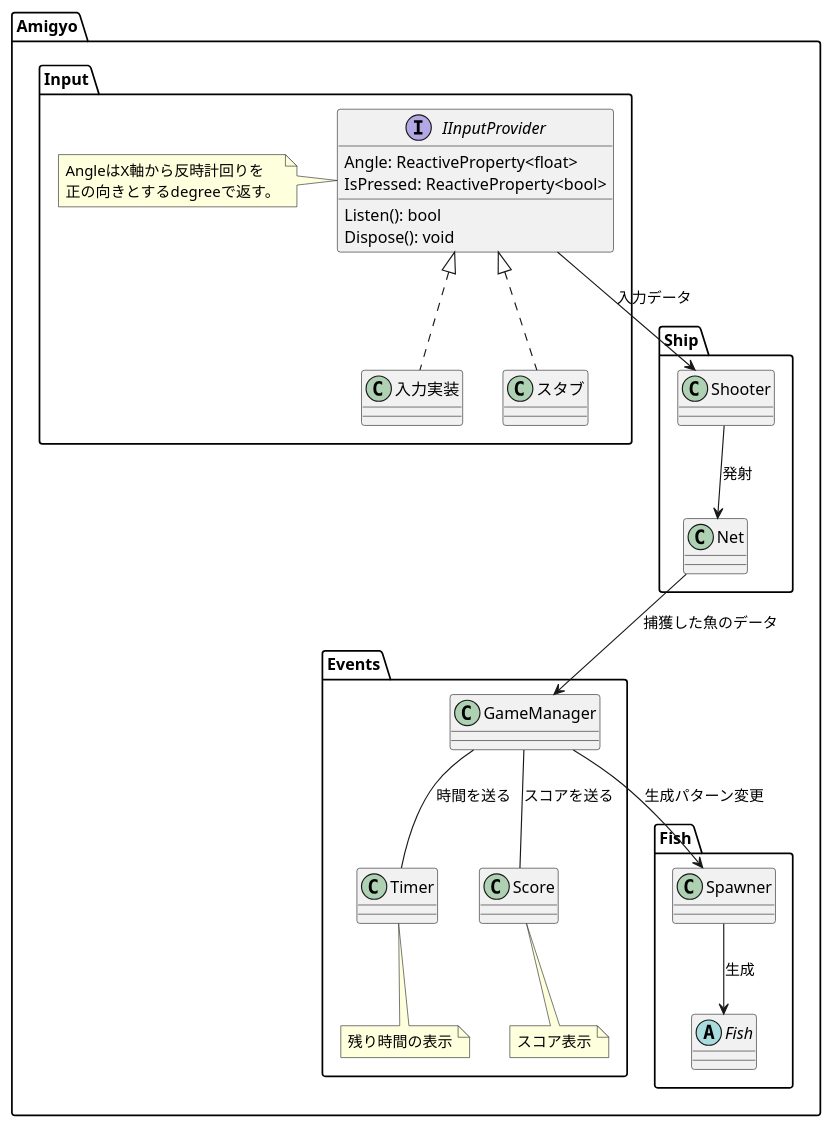
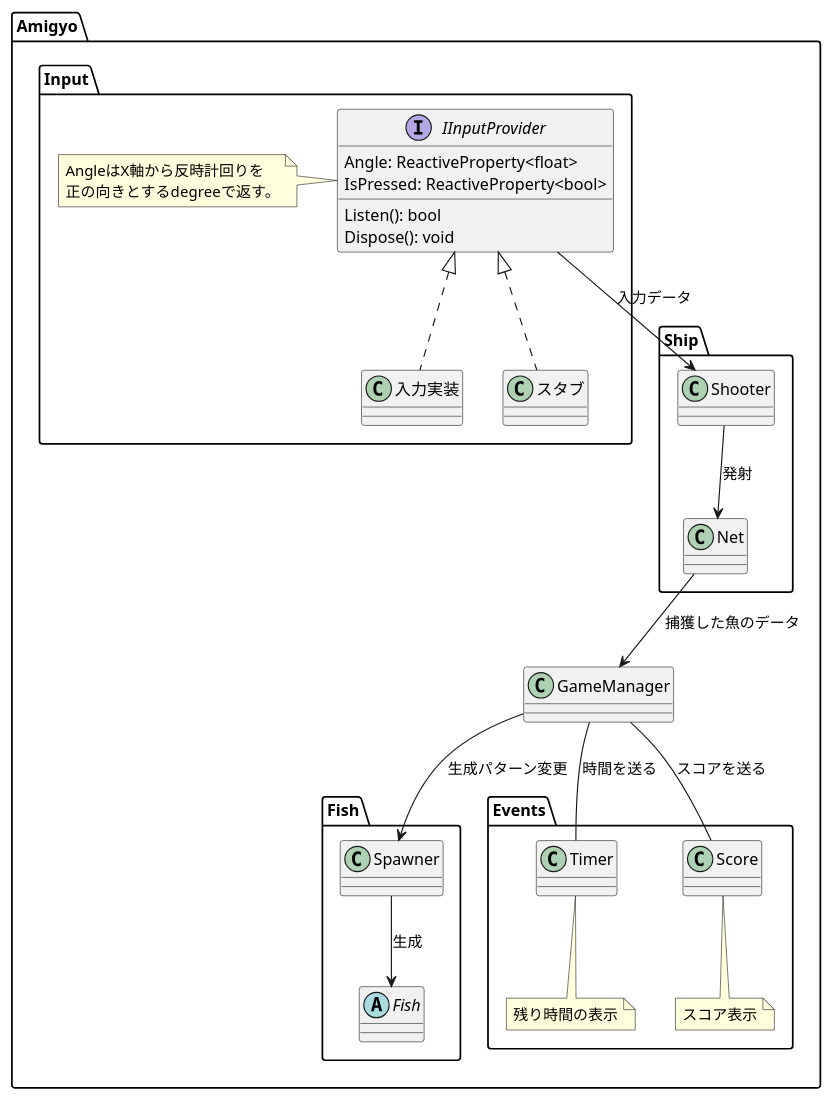
Before and after one commit to pumpkin1126/ami-gyo: the diagram in docs/ソフトウェアクラス図.plantuml, drawn with PlantUML. The commit also changed 2 other files, not shown here.

Commit message:
仕様書にクラス図を追加

```diff
--- a/docs/ソフトウェアクラス図.plantuml
+++ b/docs/ソフトウェアクラス図.plantuml
@@ -1,60 +1,60 @@
-@startuml
+@startuml Amigyo-class
 
 namespace Amigyo {
 
     namespace Input {
         interface IInputProvider {
             Angle: ReactiveProperty<float>
             IsPressed: ReactiveProperty<bool>
             Listen(): bool
             Dispose(): void
         }
         note left
         AngleはX軸から反時計回りを
         正の向きとするdegreeで返す。
         end note
 
         IInputProvider <|.. 入力実装
         IInputProvider <|.. スタブ
     }
 
     namespace Fish{
         class Spawner{
 
         }
         abstract class Fish
 
         Spawner --> Fish : 生成
     }
 
+    class GameManager
+
     namespace Events{
-        class GameManager
 
         class Timer{
 
         }
         note bottom : 残り時間の表示
 
         class Score{
 
         }
         note bottom : スコア表示
-
-        GameManager -- Timer : 時間を送る
-        GameManager -- Score : スコアを送る
     }
 
     namespace Ship{
         class Shooter{
 
         }
         class Net
 
         Shooter --> Net : 発射
     }
 
-    Amigyo.Events.GameManager --> Amigyo.Fish.Spawner : 生成パターン変更
-    Amigyo.Ship.Net --> Amigyo.Events.GameManager : 捕獲した魚のデータ
+    GameManager -- Amigyo.Events.Timer : 時間を送る
+    GameManager -- Amigyo.Events.Score : スコアを送る
+    GameManager --> Amigyo.Fish.Spawner : 生成パターン変更
+    Amigyo.Ship.Net --> GameManager : 捕獲した魚のデータ
     Amigyo.Input.IInputProvider --> Amigyo.Ship.Shooter : 入力データ
 }
 @enduml
```
